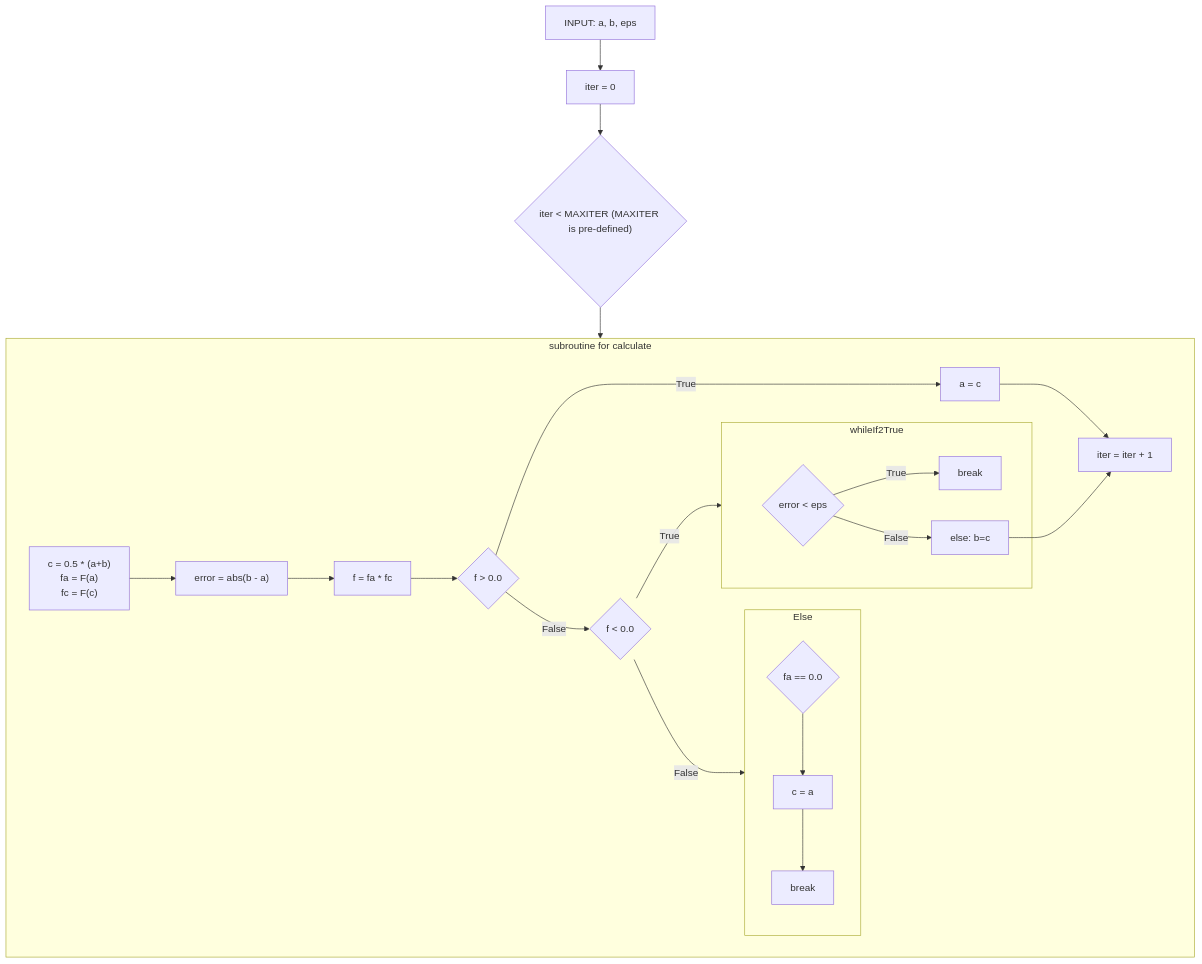
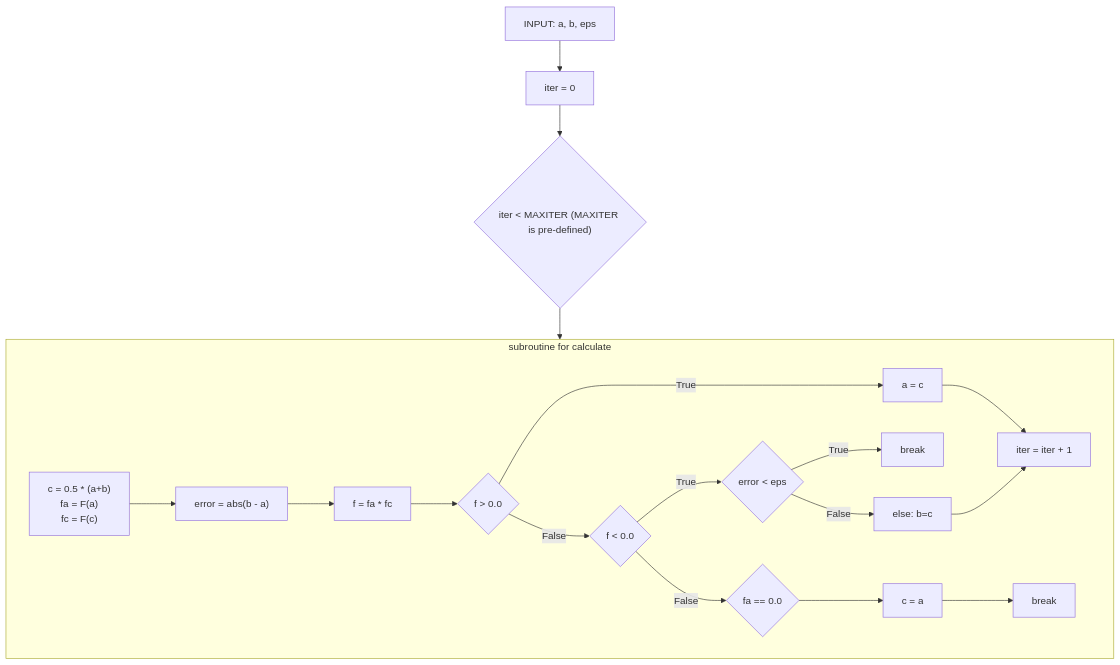
One commit to jsk0910/numerical_analysis changed the diagram in Non-linear Equations/README.md. Above: the diagram before and after it, drawn with Mermaid.

````diff
--- a/Non-linear Equations/README.md
+++ b/Non-linear Equations/README.md
@@ -26,30 +26,26 @@
 ```mermaid
 flowchart TD;
     INPUT["INPUT: a, b, eps"] --> A
     A["iter = 0"] --> whileif
     whileif{"iter < MAXITER (MAXITER is pre-defined)"} --> while
     subgraph while ["subroutine for calculate"]
         whileB["c = 0.5 * (a+b)\n fa = F(a)\n fc = F(c)"] --> whileE
         whileE["error = abs(b - a)"] --> whileF
         whileF["f = fa * fc"] --> whileIf1
         whileIf1{"f > 0.0"} -- "True" --> whileIf1True
         whileIf1True["a = c"]
         whileIf1 -- "False" --> whileIf2
-        whileIf2{"f < 0.0"} -- "True" --> whileIf2True
-        subgraph whileIf2True
-            if1{"error < eps"} -- "True" --> break["break"]
-            if1 -- "False" --> else
-            else["else: b=c"]
-        end
-        whileIf2 -- "False" --> Else
-        subgraph Else
+        whileIf2{"f < 0.0"} -- "True" --> if1
+        if1{"error < eps"} -- "True" --> break["break"]
+        if1 -- "False" --> else
+        else["else: b=c"]
+        whileIf2 -- "False" --> if2
             if2{"fa == 0.0"} --> change
             change["c = a"]
             change --> b
             b["break"]
-        end
         iter["iter = iter + 1"]
         whileIf1True --> iter
         else --> iter
     end
 ```
````
